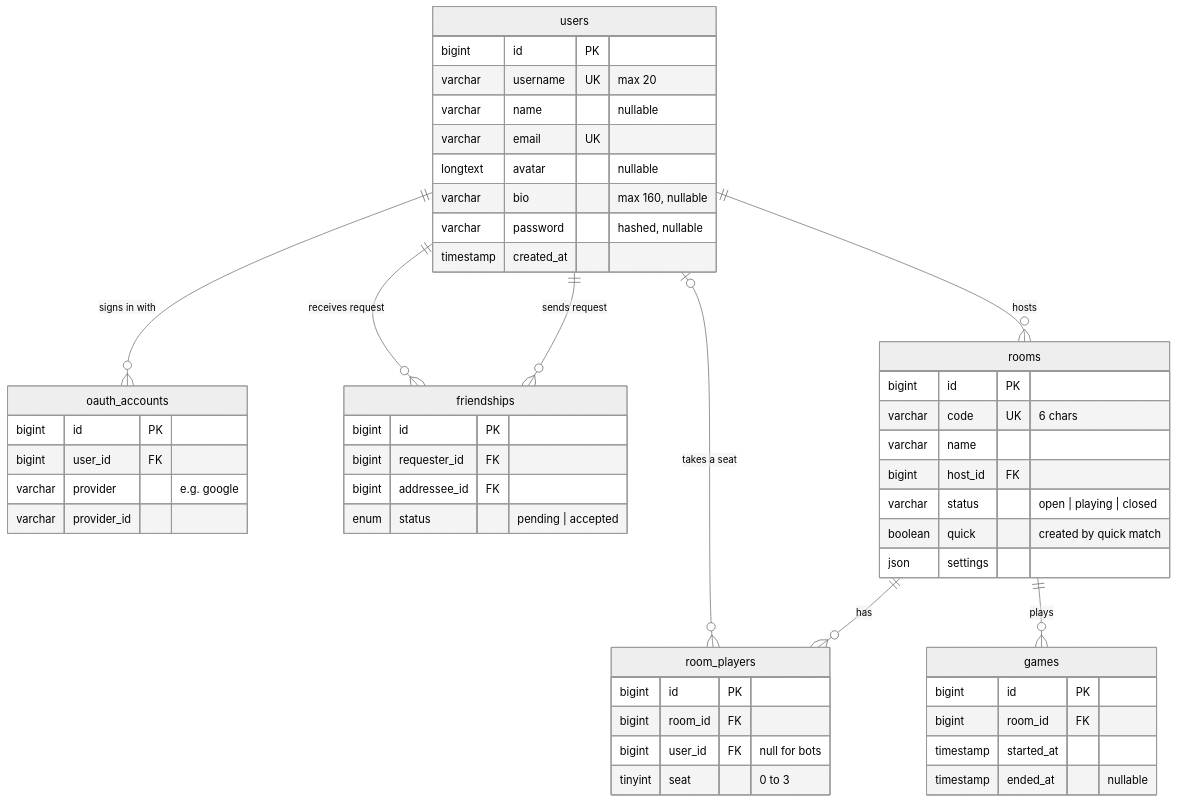
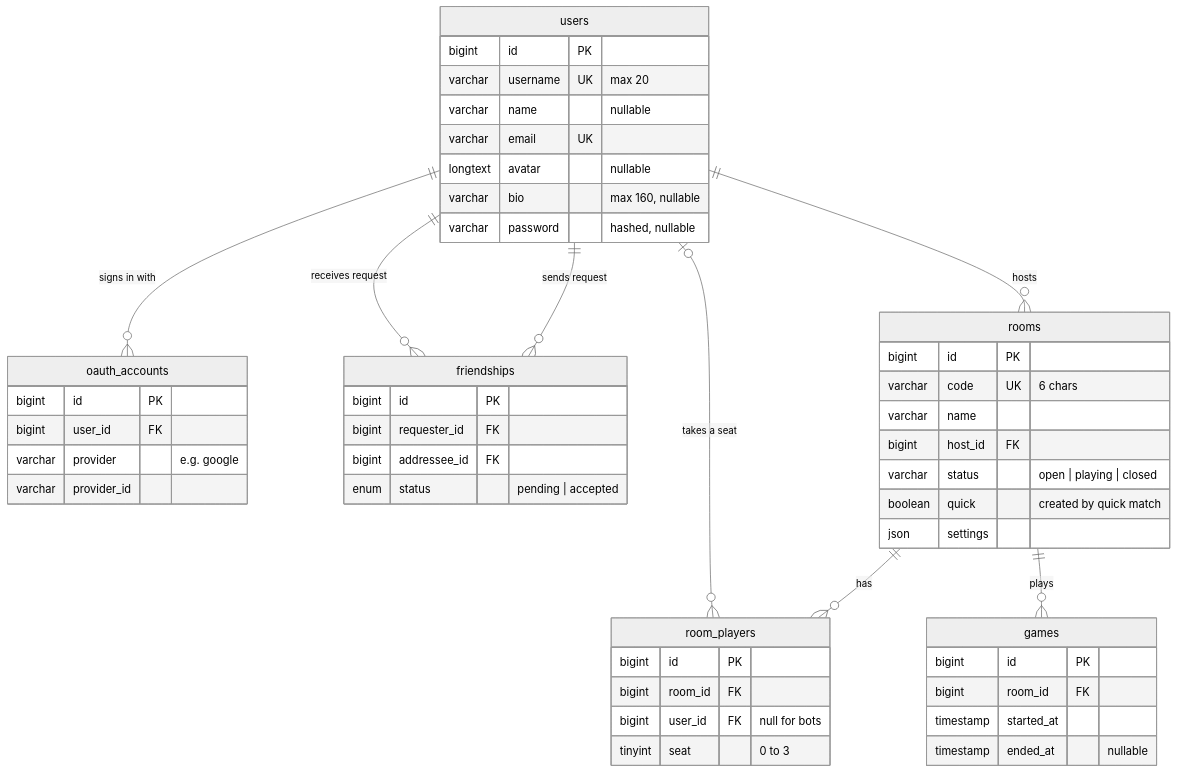
One commit to yasin080/transcendence changed the diagram in README.md. Above: the diagram before and after it, drawn with Mermaid (neutral theme). The commit also changed other lines of this file, not shown here.

````diff
--- a/README.md
+++ b/README.md
@@ -336,54 +333,53 @@
 ```mermaid
 erDiagram
     users ||--o{ oauth_accounts : "signs in with"
     users ||--o{ friendships : "sends request"
     users ||--o{ friendships : "receives request"
     users ||--o{ rooms : hosts
     rooms ||--o{ room_players : has
     users |o--o{ room_players : "takes a seat"
     rooms ||--o{ games : plays
 
     users {
         bigint id PK
         varchar username UK "max 20"
         varchar name "nullable"
         varchar email UK
         longtext avatar "nullable"
         varchar bio "max 160, nullable"
         varchar password "hashed, nullable"
-        timestamp created_at
     }
     oauth_accounts {
         bigint id PK
         bigint user_id FK
         varchar provider "e.g. google"
         varchar provider_id
     }
     friendships {
         bigint id PK
         bigint requester_id FK
         bigint addressee_id FK
         enum status "pending | accepted"
     }
     rooms {
         bigint id PK
         varchar code UK "6 chars"
         varchar name
         bigint host_id FK
         varchar status "open | playing | closed"
         boolean quick "created by quick match"
         json settings
     }
     room_players {
         bigint id PK
         bigint room_id FK
         bigint user_id FK "null for bots"
         tinyint seat "0 to 3"
     }
     games {
         bigint id PK
         bigint room_id FK
         timestamp started_at
         timestamp ended_at "nullable"
     }
 ```
````
